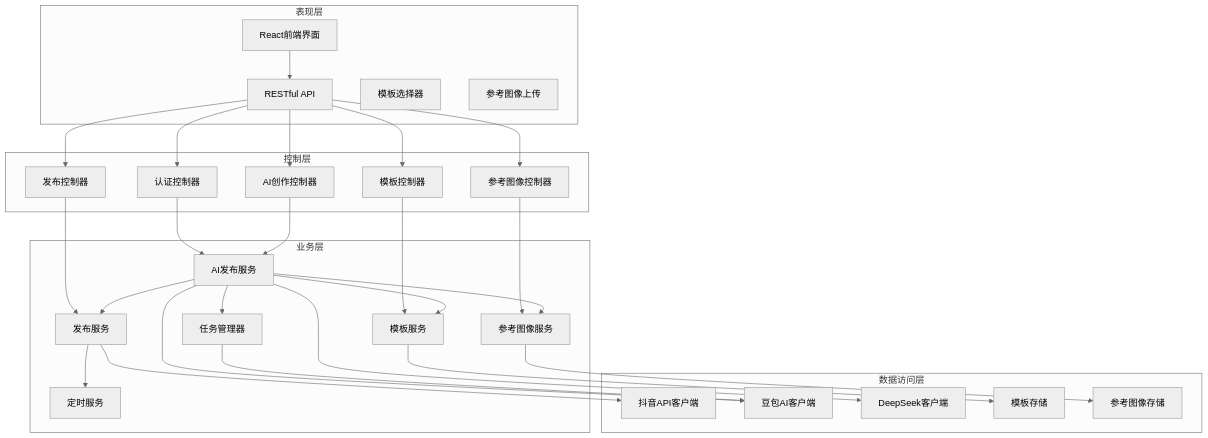
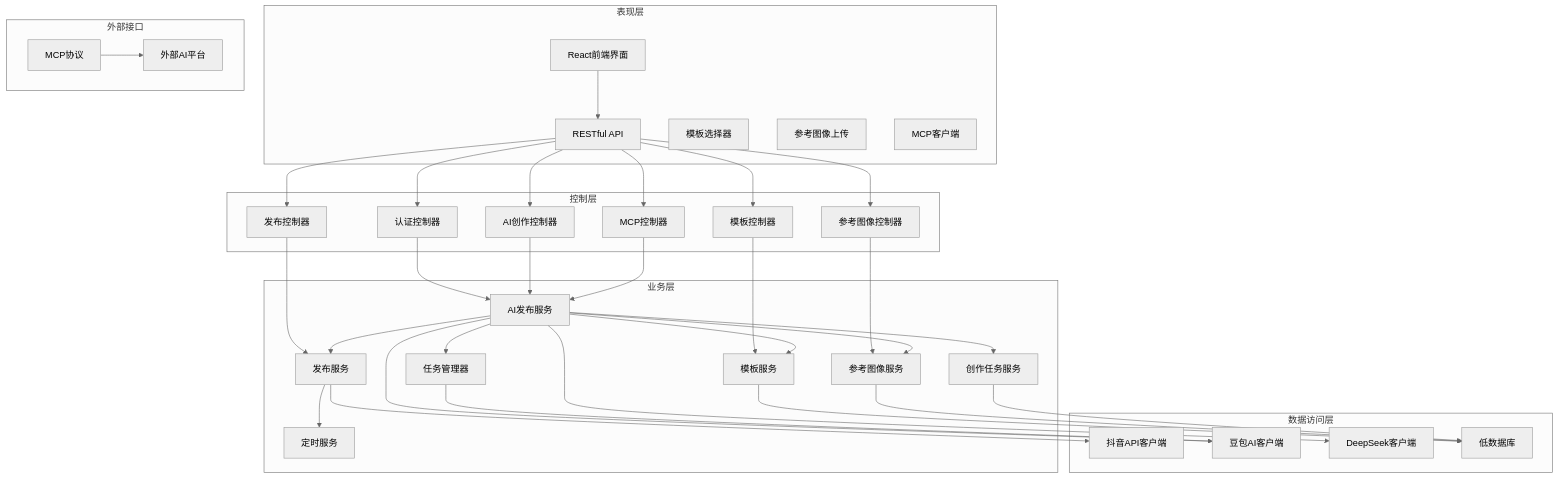
The fourth of 14 diagrams in .qoder/repowiki/zh/content/核心模块详解/AI内容生成系统.md (songdiyang/clawOperations), drawn with Mermaid (neutral theme) before and after one commit. The commit also changed other lines of this file and 10 other files, not shown here.

````diff
--- a/.qoder/repowiki/zh/content/核心模块详解/AI内容生成系统.md
+++ b/.qoder/repowiki/zh/content/核心模块详解/AI内容生成系统.md
@@ -253,53 +288,64 @@
 ```mermaid
 graph TB
 subgraph "表现层"
 UI[React前端界面]
 API[RESTful API]
 TemplateSelector[模板选择器]
 ReferenceImageUploader[参考图像上传]
+MCPClient[MCP客户端]
 end
 subgraph "控制层"
 AuthCtrl[认证控制器]
 AICtrl[AI创作控制器]
 PubCtrl[发布控制器]
 TemplateCtrl[模板控制器]
 RefImgCtrl[参考图像控制器]
+MCPController[MCP控制器]
 end
 subgraph "业务层"
 AIPubService[AI发布服务]
 PubService[发布服务]
 SchedulerService[定时服务]
 TaskManager[任务管理器]
 TemplateService[模板服务]
 RefImgService[参考图像服务]
+CreationTaskService[创作任务服务]
 end
 subgraph "数据访问层"
 DouyinClient[抖音API客户端]
 DoubaoClient[豆包AI客户端]
 DeepSeekClient[DeepSeek客户端]
-TemplateStorage[模板存储]
-RefImgStorage[参考图像存储]
+Database[低数据库]
+end
+subgraph "外部接口"
+MCPProtocol[MCP协议]
+ExternalAI[外部AI平台]
 end
 UI --> API
 API --> AuthCtrl
 API --> AICtrl
 API --> PubCtrl
 API --> TemplateCtrl
 API --> RefImgCtrl
+API --> MCPController
 AuthCtrl --> AIPubService
 AICtrl --> AIPubService
 PubCtrl --> PubService
 TemplateCtrl --> TemplateService
 RefImgCtrl --> RefImgService
+MCPController --> AIPubService
 AIPubService --> PubService
 AIPubService --> TaskManager
 AIPubService --> TemplateService
 AIPubService --> RefImgService
+AIPubService --> CreationTaskService
 PubService --> SchedulerService
 AIPubService --> DoubaoClient
 AIPubService --> DeepSeekClient
 PubService --> DouyinClient
 TaskManager --> DoubaoClient
-TemplateService --> TemplateStorage
-RefImgService --> RefImgStorage
+TemplateService --> Database
+RefImgService --> Database
+CreationTaskService --> Database
+MCPProtocol --> ExternalAI
 ```
````
